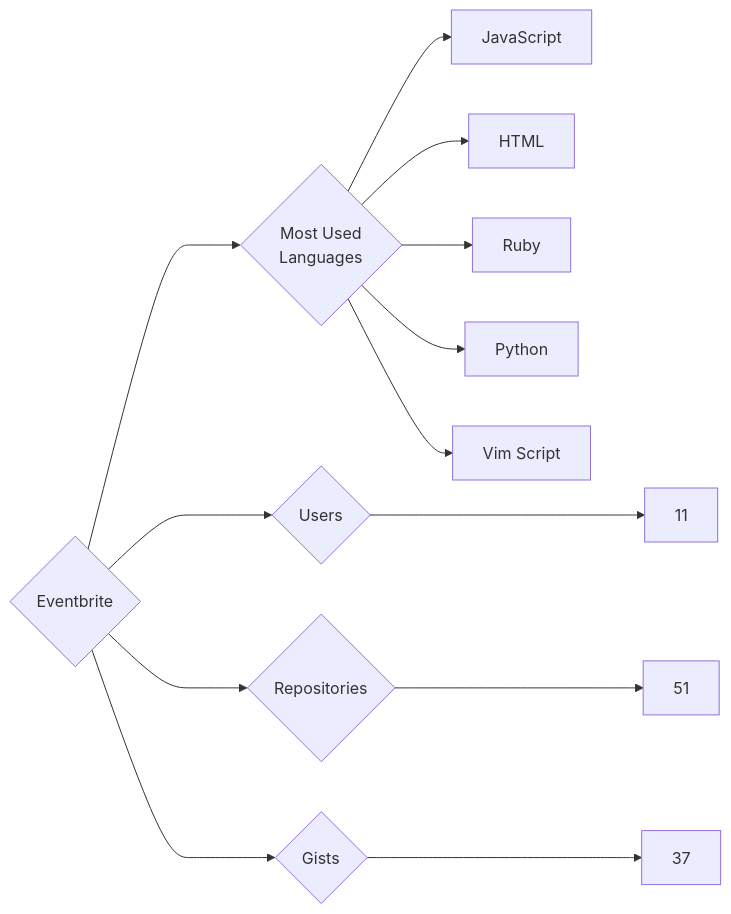
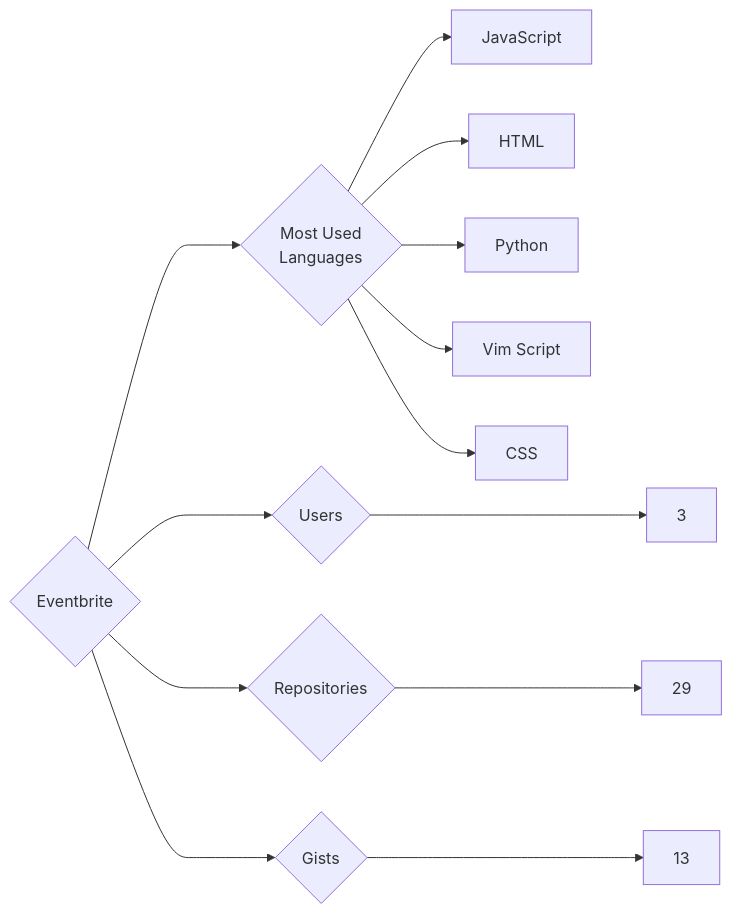
The diagram in targets/Eventbrite/README.md (trickest/insiders), drawn with Mermaid before and after one commit. The commit also changed 860 other files, not shown here.

````diff
--- a/targets/Eventbrite/README.md
+++ b/targets/Eventbrite/README.md
@@ -3,13 +3,13 @@
 ```mermaid
 graph LR
 COMPANY_NAME{Eventbrite}
-COMPANY_NAME ---> U{Users} ---> UN[11]
-COMPANY_NAME ---> R{Repositories} ---> RN[51]
-COMPANY_NAME ---> G{Gists} ---> GN[37]
+COMPANY_NAME ---> U{Users} ---> UN[3]
+COMPANY_NAME ---> R{Repositories} ---> RN[29]
+COMPANY_NAME ---> G{Gists} ---> GN[13]
 COMPANY_NAME ---> ML{Most Used<br>Languages}
 ML --> JavaScript[JavaScript]
 ML --> HTML[HTML]
-ML --> Ruby[Ruby]
 ML --> Python[Python]
 ML --> Vim_Script[Vim Script]
+ML --> CSS[CSS]
 ```
````
